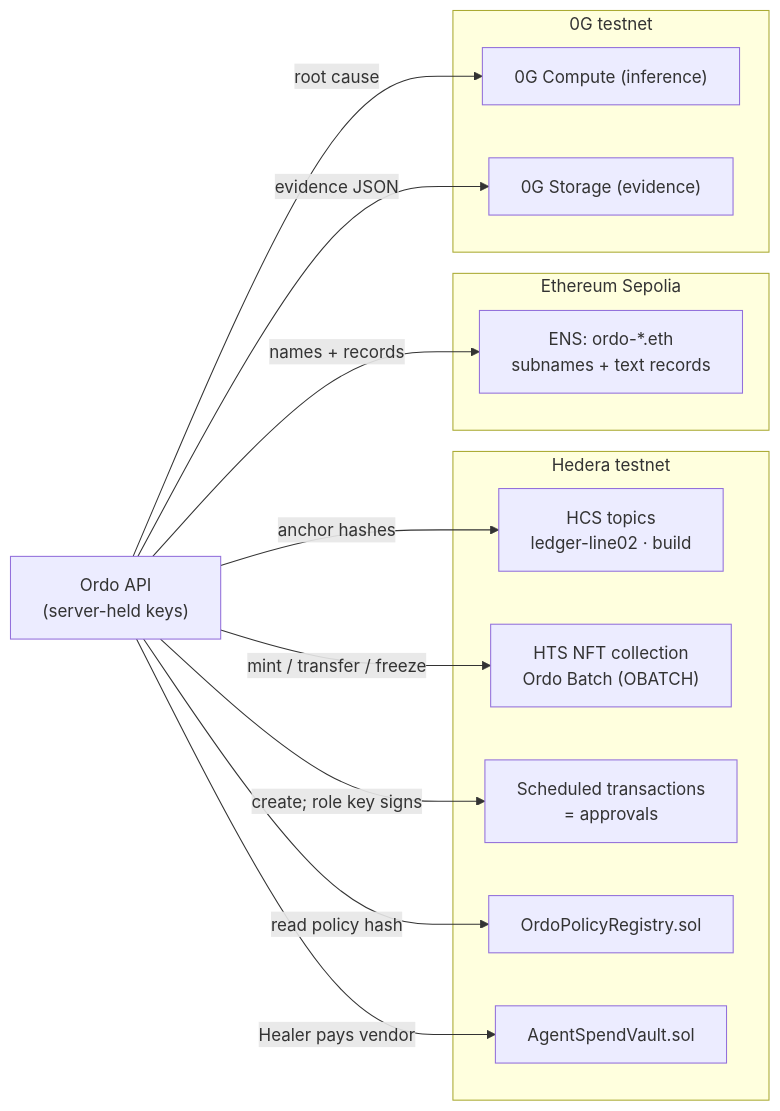
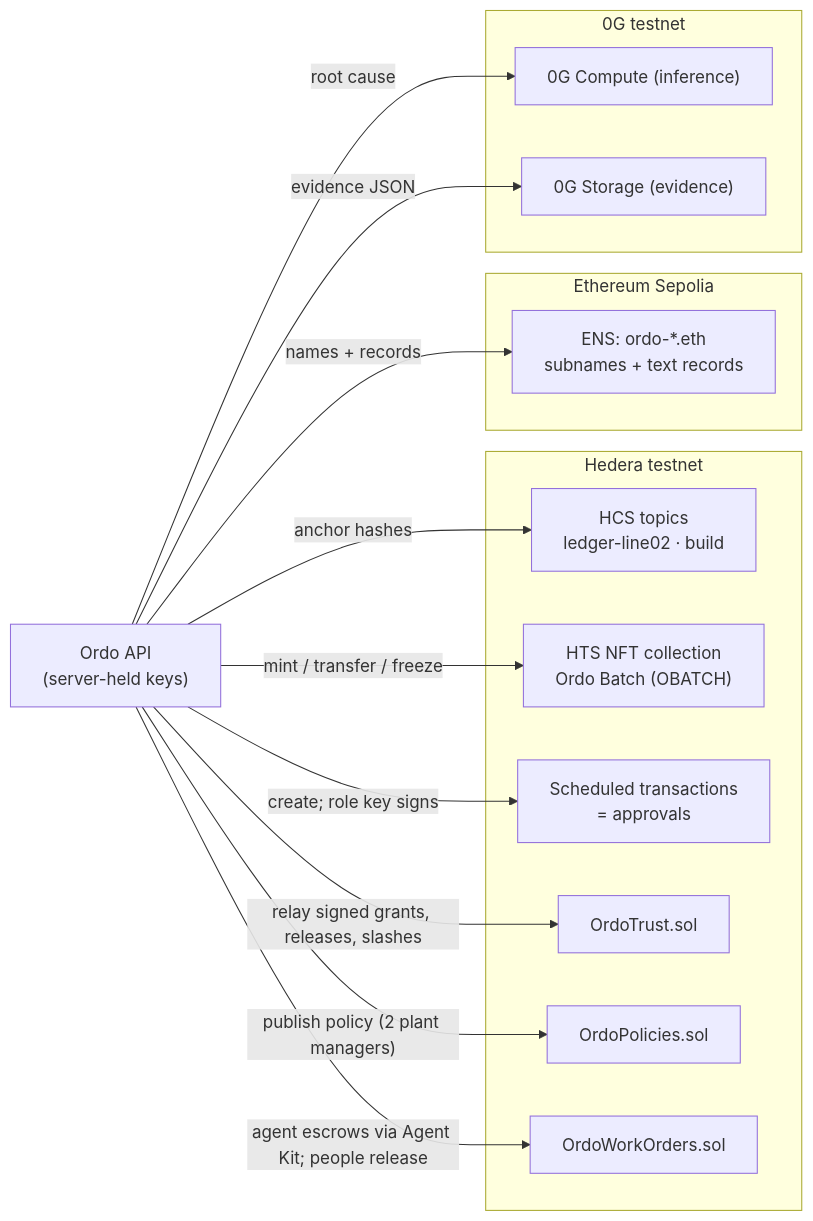
One commit to AloysJehwin/ai_warriors changed the diagram in docs/contracts-and-deployment.md. Above: the diagram before and after it, drawn with Mermaid. The commit also changed other lines of this file and 15 other files, not shown here.

First line of the commit message:
Console: work orders page, autonomy co-signing; docs for the new contracts

````diff
--- a/docs/contracts-and-deployment.md
+++ b/docs/contracts-and-deployment.md
@@ -24,26 +26,28 @@
 ```mermaid
 flowchart LR
     api["Ordo API<br/>(server-held keys)"]
     subgraph hedera["Hedera testnet"]
         hcs["HCS topics<br/>ledger-line02 · build"]
         hts["HTS NFT collection<br/>Ordo Batch (OBATCH)"]
         sch["Scheduled transactions<br/>= approvals"]
-        reg["OrdoPolicyRegistry.sol"]
-        vault["AgentSpendVault.sol"]
+        trust["OrdoTrust.sol"]
+        reg["OrdoPolicies.sol"]
+        vault["OrdoWorkOrders.sol"]
     end
     subgraph eth["Ethereum Sepolia"]
         ens["ENS: ordo-*.eth<br/>subnames + text records"]
     end
     subgraph og["0G testnet"]
         comp["0G Compute (inference)"]
         stor["0G Storage (evidence)"]
     end
     api -- "anchor hashes" --> hcs
     api -- "mint / transfer / freeze" --> hts
     api -- "create; role key signs" --> sch
-    api -- "read policy hash" --> reg
-    api -- "Healer pays vendor" --> vault
+    api -- "relay signed grants, releases, slashes" --> trust
+    api -- "publish policy (2 plant managers)" --> reg
+    api -- "agent escrows via Agent Kit; people release" --> vault
     api -- "names + records" --> ens
     api -- "root cause" --> comp
     api -- "evidence JSON" --> stor
 ```
````
